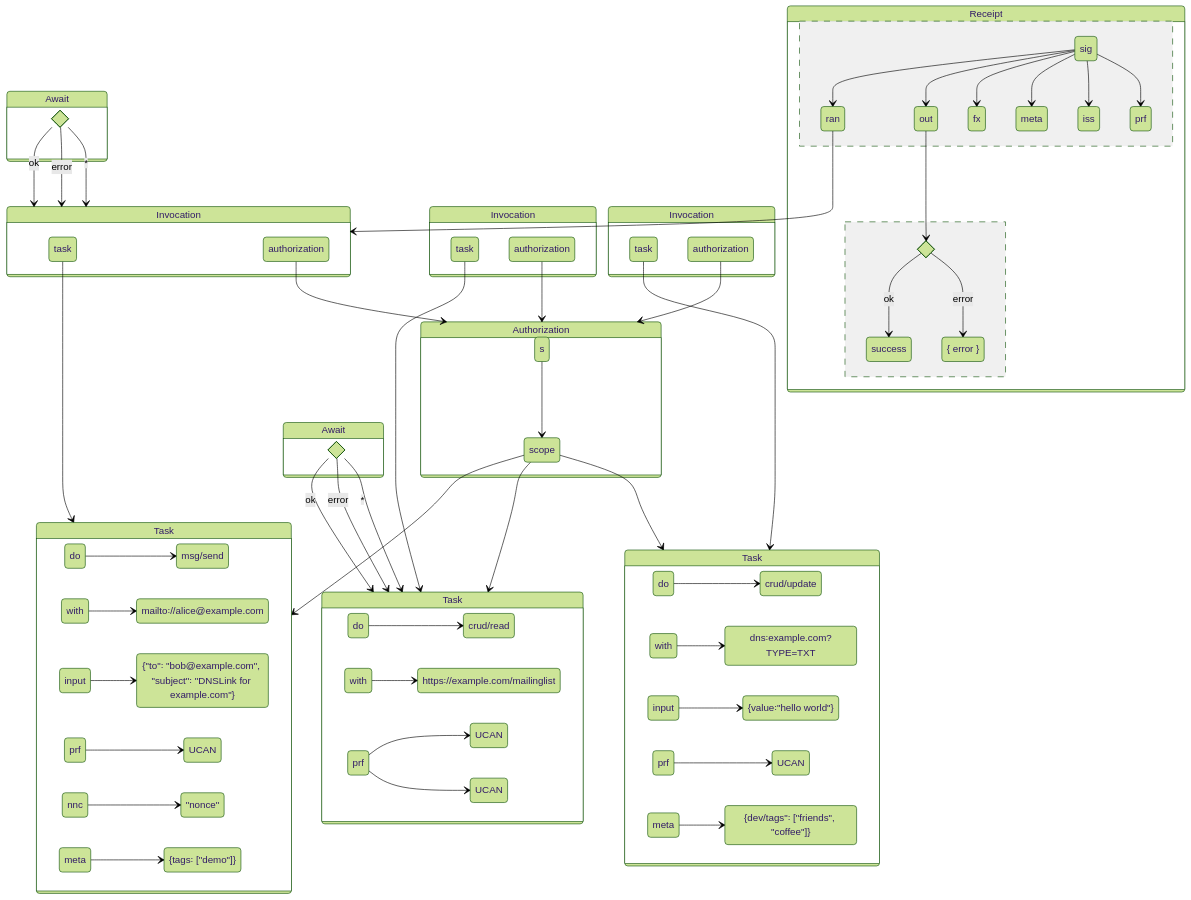
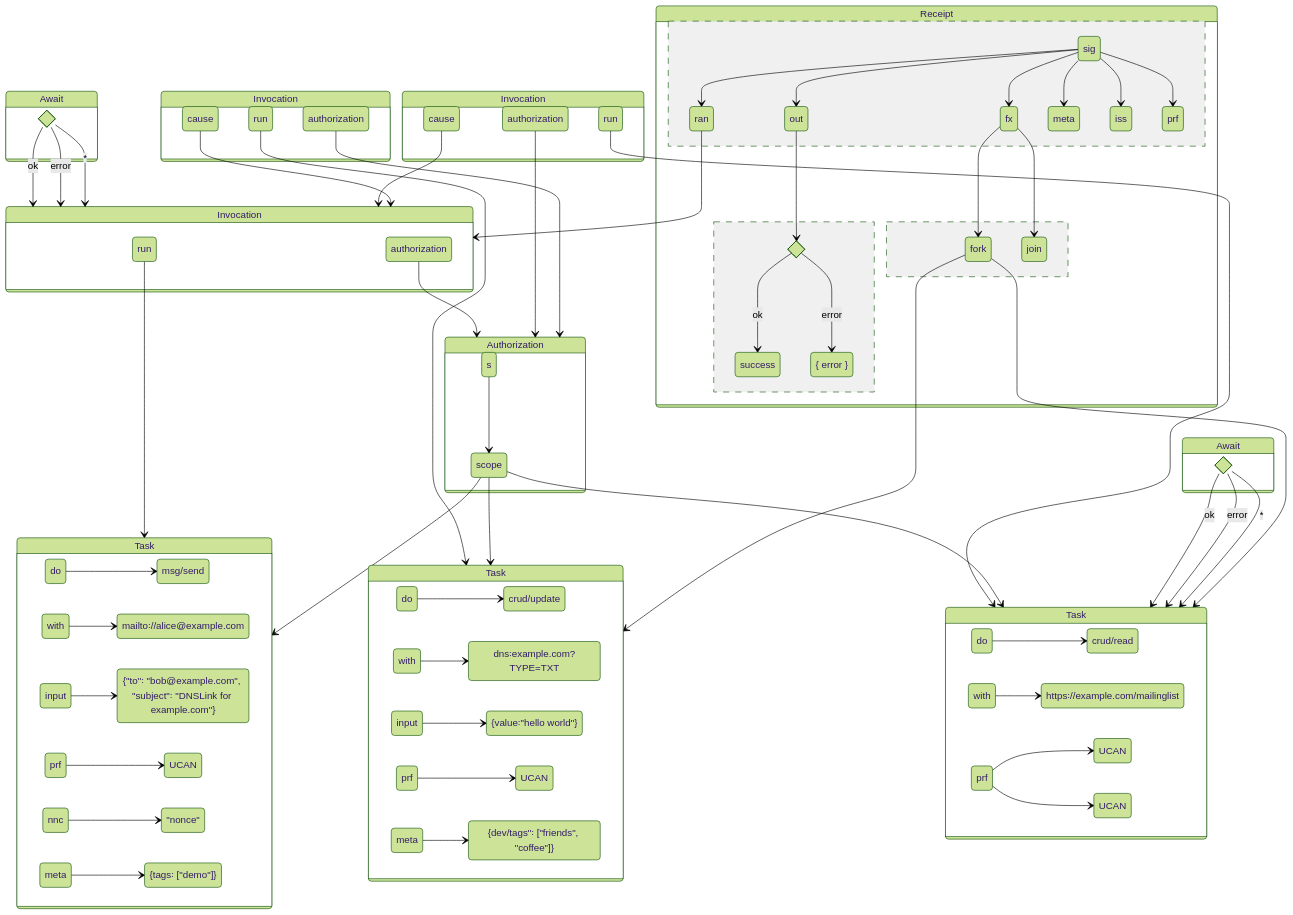
The first of 3 diagrams in README.md (ucan-wg/invocation), drawn with Mermaid (forest theme) before and after one commit. The commit also changed other lines of this file and 2 other files, not shown here.

````diff
--- a/README.md
+++ b/README.md
@@ -191,7 +173,6 @@
 send.promise: Await
 read.promise: Await
 send.receipt: Receipt
-
 read: Invocation
 read.task: Task
 
@@ -214,7 +195,7 @@
   send.task.input: input
   send.task.nnc: nnc
   send.task.meta: meta
-  
+
 
   send.do: msg/send
   send.with: mailto꞉//alice@example.com
@@ -273,17 +254,19 @@
 }
 
 state send {
-  send.run: task
+  send.run: run
   send.auth: authorization
 }
 
 state read {
-  read.run: task
+  read.run: run
+  read.cause: cause
   read.auth: authorization
 }
 
 state update {
-  update.run: task
+  update.run: run
+  update.cause: cause
   update.auth: authorization
 }
 
@@ -295,6 +278,7 @@
 state read.promise {
   state read.promise.await <<choice>>
 }
+
 
 state send.receipt {
  send.receipt.sig: sig
@@ -312,6 +296,10 @@
 
  send.result.ok: success
  send.result.error: { error }
+ --
+
+ send.fx.fork: fork
+ send.fx.join: join
 }
 
 
@@ -347,5 +335,11 @@
 send.receipt.sig --> send.receipt.prf
 
 
+send.receipt.fx --> send.fx.fork
+send.receipt.fx --> send.fx.join
+send.fx.fork --> update.task
+send.fx.fork --> read.task
+read.cause --> send
+update.cause --> send
 send.receipt.ran --> send
 ```
````
